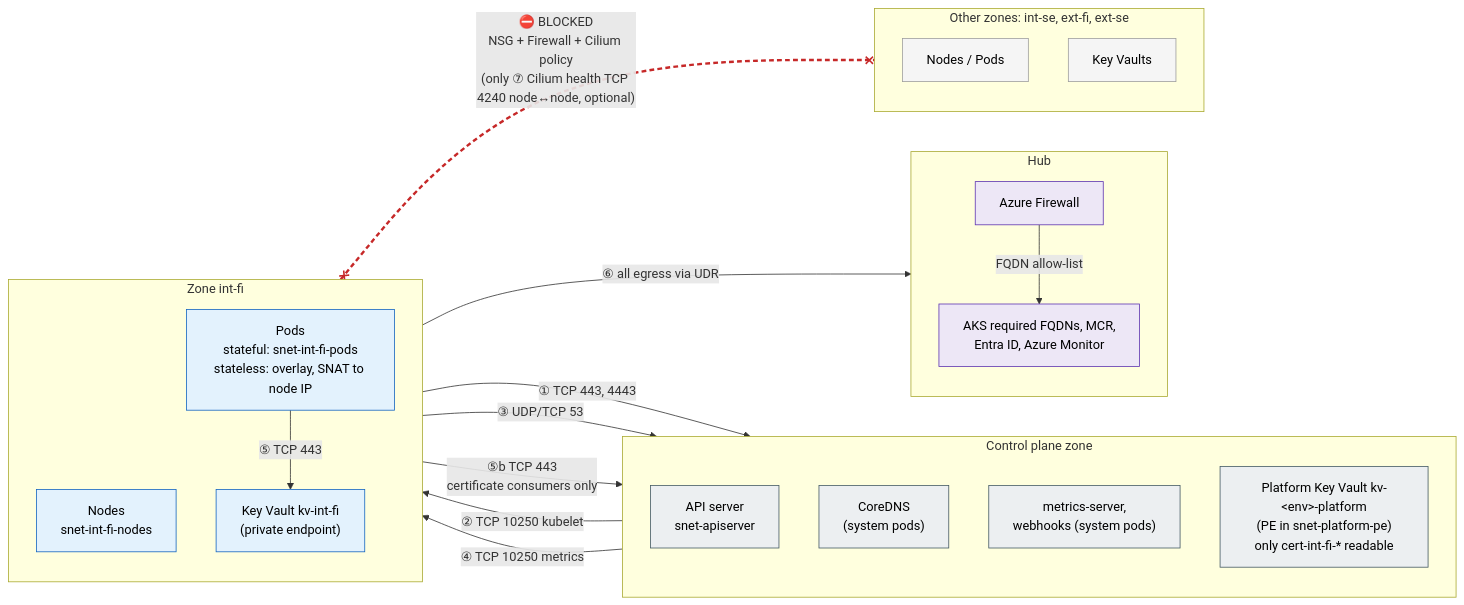
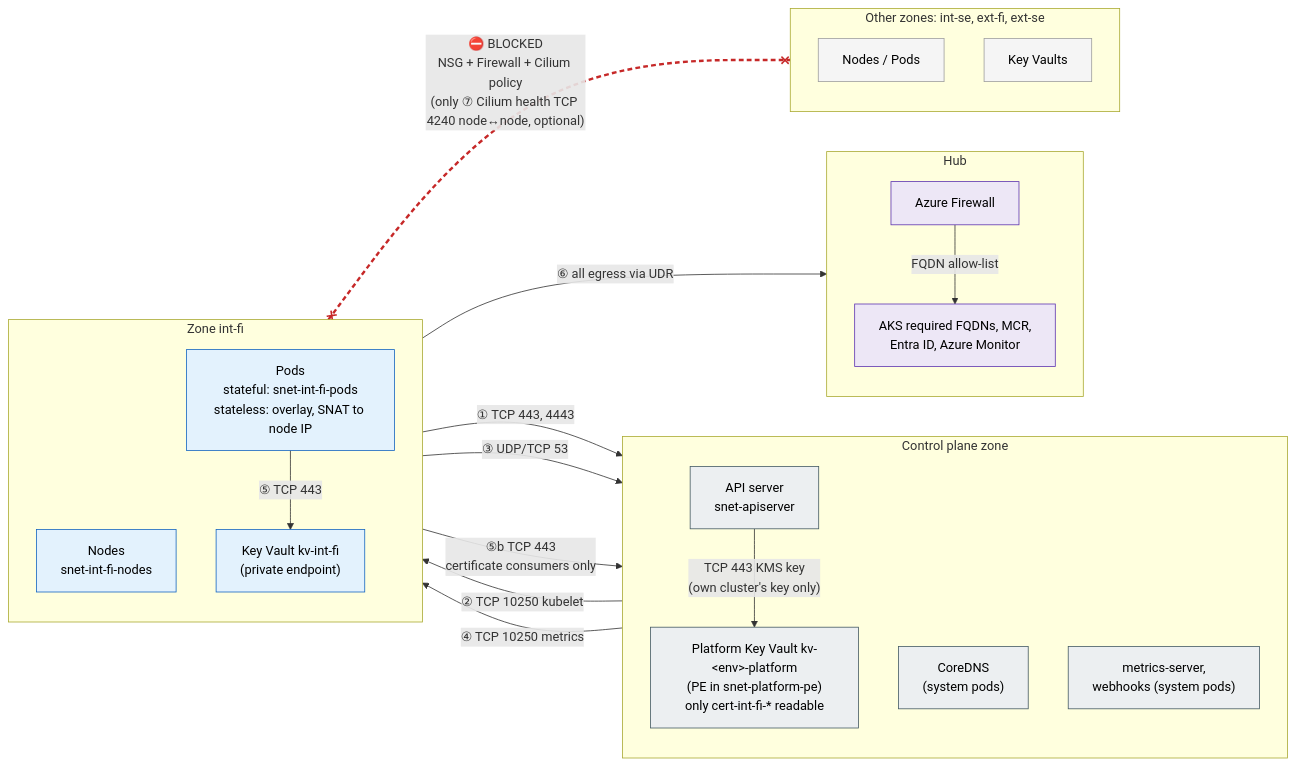
The diagram in diagrams/05-allowed-flows.mmd (olljanat-ai/aks-design), drawn with Mermaid before and after one commit. The commit also changed 15 other files, not shown here.

```diff
--- a/diagrams/05-allowed-flows.mmd
+++ b/diagrams/05-allowed-flows.mmd
@@ -1,50 +1,51 @@
 %% Mandatory flows (numbered) for one workload zone; everything else between zones is blocked.
 %% The same pattern repeats for every zone; only the zone's own Key Vault and Gateway differ.
 flowchart LR
     subgraph CP["Control plane zone"]
         direction TB
         api["API server<br/>snet-apiserver"]
         dns["CoreDNS<br/>(system pods)"]
         ms["metrics-server,<br/>webhooks (system pods)"]
         pkv["Platform Key Vault kv-&lt;env&gt;-platform<br/>(PE in snet-platform-pe)<br/>only cert-int-fi-* readable"]
     end
 
     subgraph Z["Zone int-fi"]
         direction TB
         n["Nodes<br/>snet-int-fi-nodes"]
         p["Pods<br/>stateful: snet-int-fi-pods<br/>stateless: overlay, SNAT to node IP"]
         kv["Key Vault kv-int-fi<br/>(private endpoint)"]
     end
 
     subgraph H["Hub"]
         direction TB
         fw["Azure Firewall"]
         azure["AKS required FQDNs, MCR,<br/>Entra ID, Azure Monitor"]
     end
 
     subgraph O["Other zones: int-se, ext-fi, ext-se"]
         direction TB
         on["Nodes / Pods"]
         okv["Key Vaults"]
     end
 
     n -->|"① TCP 443, 4443"| api
     api -->|"② TCP 10250 kubelet"| n
     p -->|"③ UDP/TCP 53"| dns
     ms -->|"④ TCP 10250 metrics"| n
     p -->|"⑤ TCP 443"| kv
     p -->|"⑤b TCP 443<br/>certificate consumers only"| pkv
+    api -->|"TCP 443 KMS key<br/>(own cluster's key only)"| pkv
     Z -->|"⑥ all egress via UDR"| fw
     fw -->|"FQDN allow-list"| azure
     Z x-.-x|"⛔ BLOCKED<br/>NSG + Firewall + Cilium policy<br/>(only ⑦ Cilium health TCP 4240 node↔node, optional)"| O
 
-    linkStyle 8 stroke:#c62828,stroke-width:3px,stroke-dasharray:6 4
+    linkStyle 9 stroke:#c62828,stroke-width:3px,stroke-dasharray:6 4
 
     classDef cp fill:#eceff1,stroke:#455a64,color:#000
     classDef int fill:#e3f2fd,stroke:#1565c0,color:#000
     classDef other fill:#f5f5f5,stroke:#9e9e9e,color:#000
     classDef hub fill:#ede7f6,stroke:#5e35b1,color:#000
     class api,dns,ms,pkv cp
     class n,p,kv int
     class on,okv other
     class fw,azure hub
```
